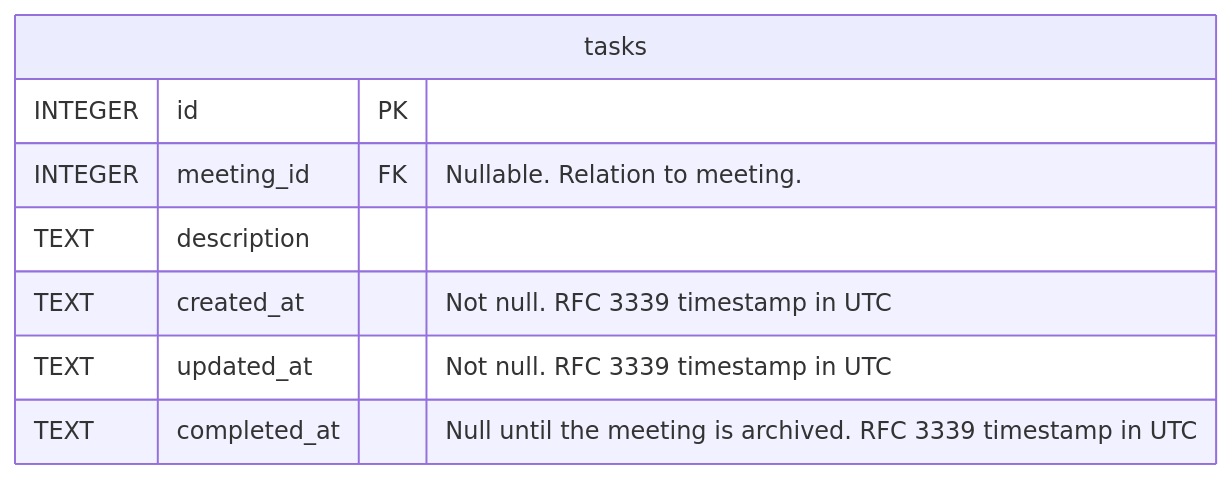
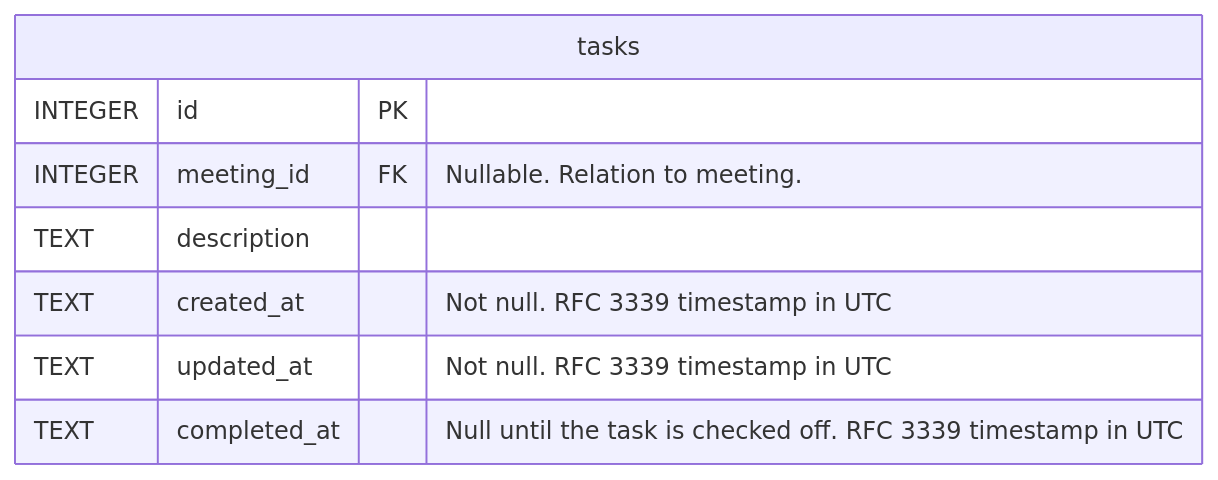
Before and after one commit to marclove/gps: the diagram in docs/features/0005-meeting-action-items.md, drawn with Mermaid. The commit also changed 4 other files, not shown here.

````diff
--- a/docs/features/0005-meeting-action-items.md
+++ b/docs/features/0005-meeting-action-items.md
@@ -23,11 +23,11 @@
 ```mermaid
 erDiagram
     tasks {
         INTEGER id PK
         INTEGER meeting_id FK "Nullable. Relation to meeting."
         TEXT description
         TEXT created_at "Not null. RFC 3339 timestamp in UTC"
         TEXT updated_at "Not null. RFC 3339 timestamp in UTC"
-        TEXT completed_at "Null until the meeting is archived. RFC 3339 timestamp in UTC"
+        TEXT completed_at "Null until the task is checked off. RFC 3339 timestamp in UTC"
     }
 ```
````
